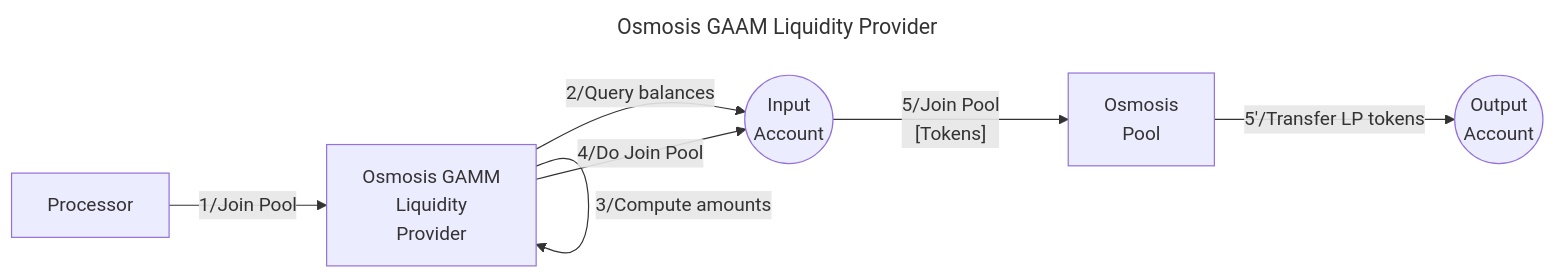
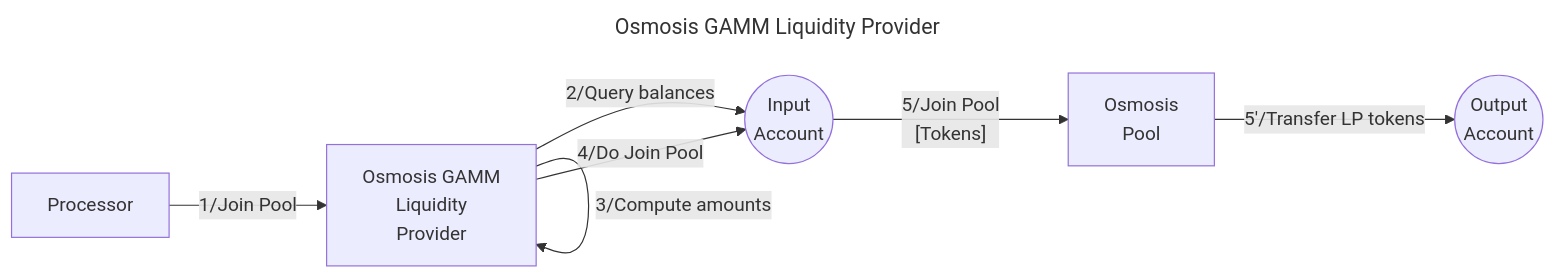
The diagram in docs/src/libraries/osmosis-gamm-lper.md (timewave-computer/valence-protocol), drawn with Mermaid before and after one commit. The commit also changed other lines of this file and 4 other files, not shown here.

````diff
--- a/docs/src/libraries/osmosis-gamm-lper.md
+++ b/docs/src/libraries/osmosis-gamm-lper.md
@@ -7,24 +7,24 @@
 ```mermaid
 ---
-title: Osmosis GAAM Liquidity Provider
+title: Osmosis GAMM Liquidity Provider
 ---
 graph LR
   IA((Input
       Account))
   OA((Output
           Account))
   P[Processor]
   S[Osmosis GAMM
       Liquidity
       Provider]
   AP[Osmosis
      Pool]
   P -- 1/Join Pool --> S
   S -- 2/Query balances --> IA
   S -- 3/Compute amounts --> S
   S -- 4/Do Join Pool --> IA
   IA -- 5/Join Pool
                   [Tokens] --> AP
   AP -- 5'/Transfer LP tokens --> OA
 
 ```
````
